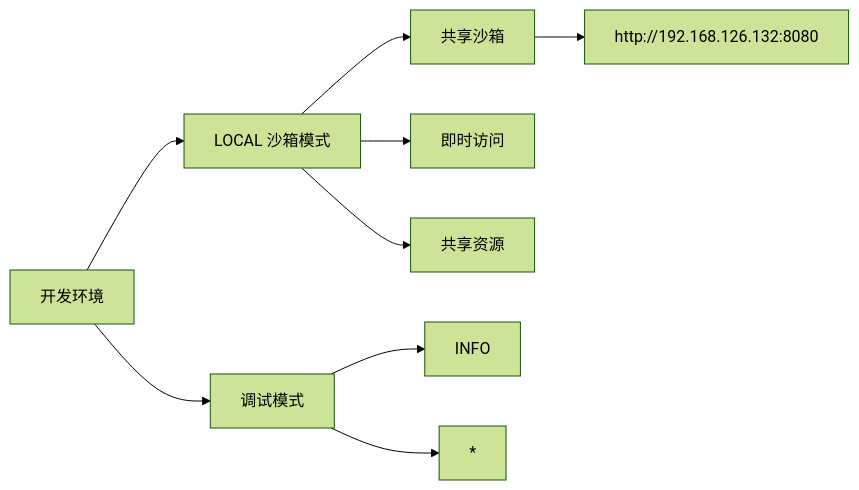
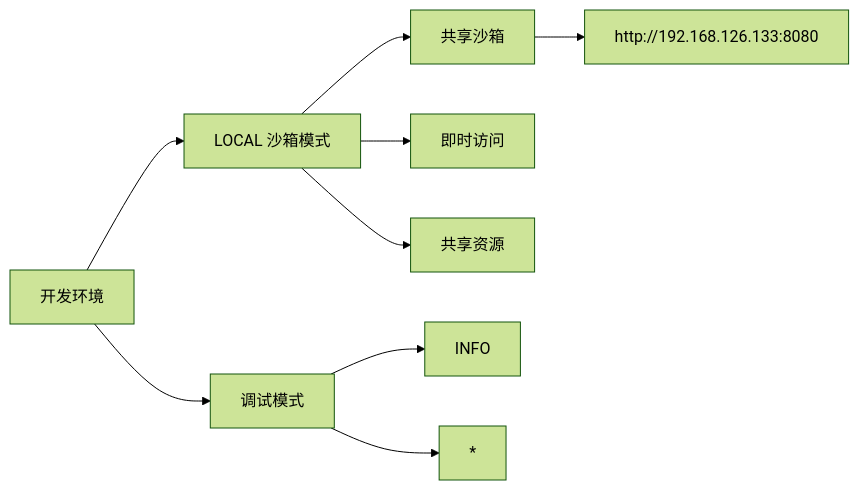
Before and after one commit to zhangdahai112/LocalManus: the ninth of 12 diagrams in .qoder/repowiki/zh/content/后端服务系统/配置管理系统.md, drawn with Mermaid (forest theme). The commit also changed other lines of this file and 19 other files, not shown here.

````diff
--- a/.qoder/repowiki/zh/content/后端服务系统/配置管理系统.md
+++ b/.qoder/repowiki/zh/content/后端服务系统/配置管理系统.md
@@ -349,11 +349,11 @@
 ```mermaid
 graph LR
 DEV[开发环境] --> LOCAL[LOCAL 沙箱模式]
 LOCAL --> SHAREDSBX[共享沙箱]
-SHAREDSBX --> URL[http://192.168.126.132:8080]
+SHAREDSBX --> URL[http://192.168.126.133:8080]
 LOCAL --> INSTANT[即时访问]
 LOCAL --> SHARED[共享资源]
 DEV --> DEBUG[调试模式]
 DEBUG --> LOGLEVEL[INFO]
 DEBUG --> CORS[*]
 ```
````
